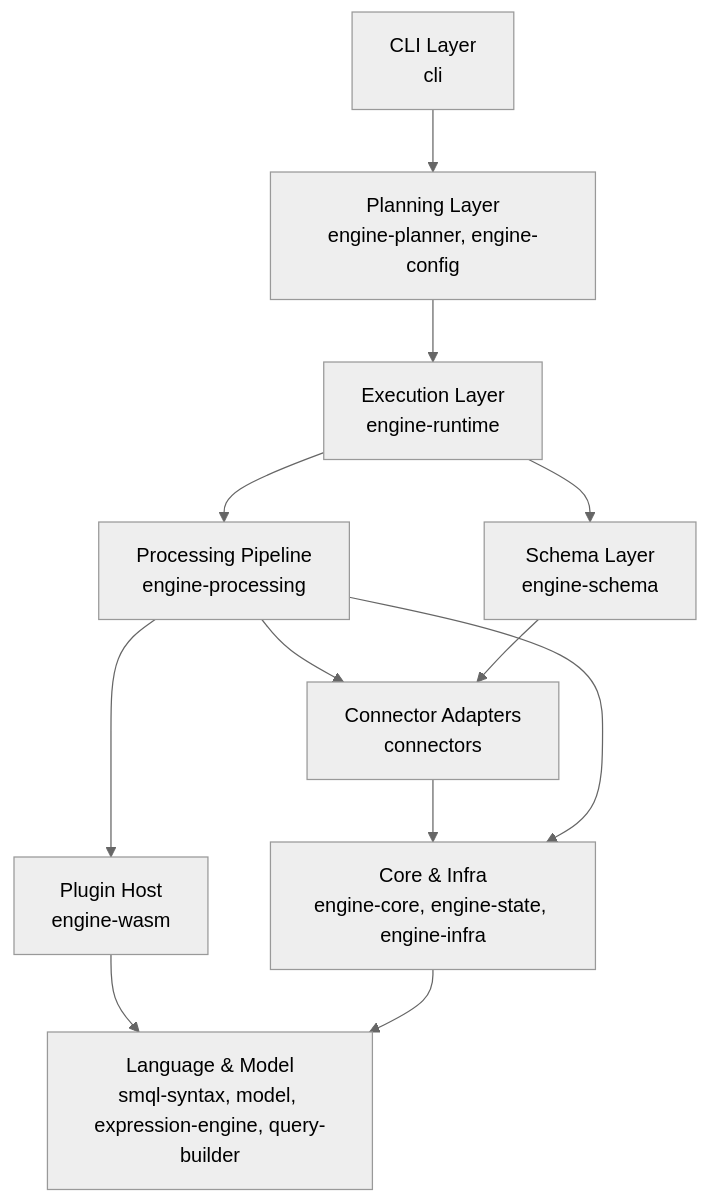
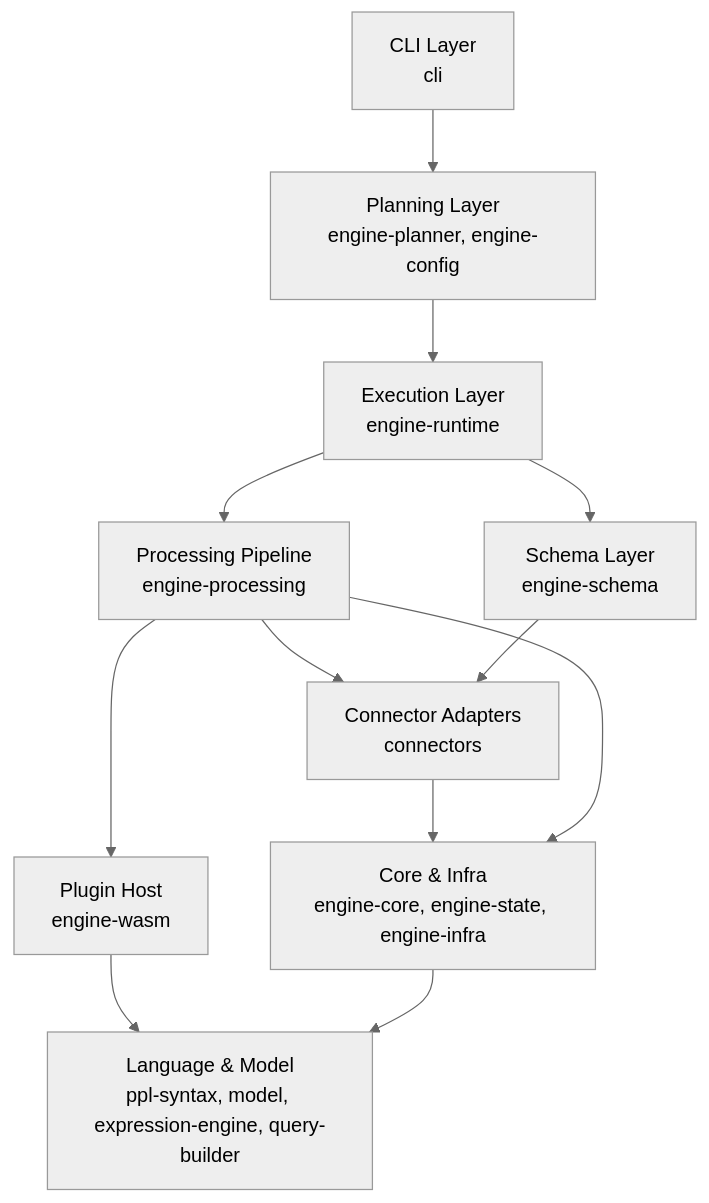
Before and after one commit to stanstork/stratum: the diagram in docs/architecture.md, drawn with Mermaid (neutral theme). The commit also changed other lines of this file and 487 other files, not shown here.

````diff
--- a/docs/architecture.md
+++ b/docs/architecture.md
@@ -9,14 +9,14 @@
 ```mermaid
 graph TB
     CLI[CLI Layer<br/>cli] --> Planner[Planning Layer<br/>engine-planner, engine-config]
     Planner --> Runtime[Execution Layer<br/>engine-runtime]
     Runtime --> Processing[Processing Pipeline<br/>engine-processing]
     Processing --> Connectors[Connector Adapters<br/>connectors]
     Processing --> Wasm[Plugin Host<br/>engine-wasm]
     Runtime --> Schema[Schema Layer<br/>engine-schema]
     Schema --> Connectors
     Connectors --> Core[Core & Infra<br/>engine-core, engine-state, engine-infra]
     Wasm --> Lang
     Processing --> Core
-    Core --> Lang[Language & Model<br/>smql-syntax, model, expression-engine, query-builder]
+    Core --> Lang[Language & Model<br/>ppl-syntax, model, expression-engine, query-builder]
 ```
````
